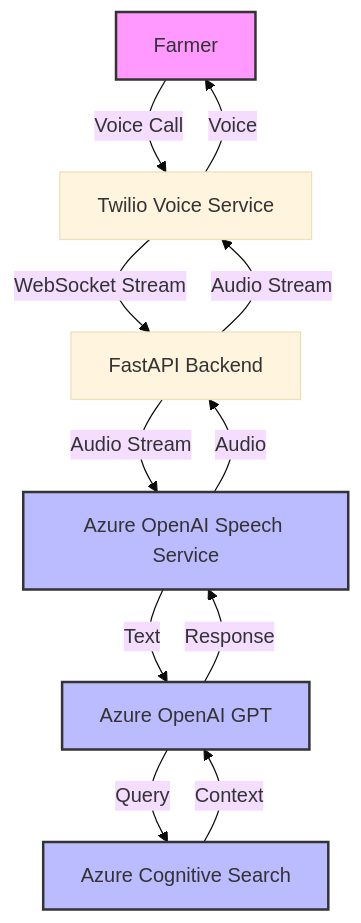
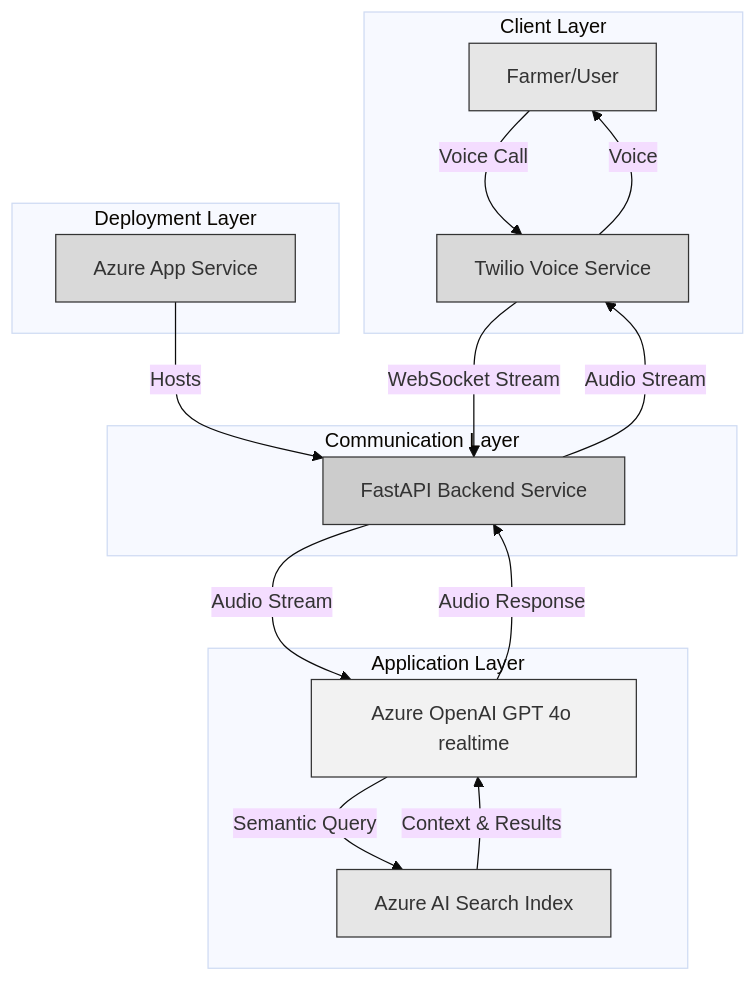
The first of 2 diagrams in readme.md (bhushang19/agri-voice-rag), drawn with Mermaid (base theme) before and after one commit. The commit also changed other lines of this file, not shown here.

Commit message:
Updated the technical arch. diagram

````diff
--- a/readme.md
+++ b/readme.md
@@ -94,18 +96,31 @@
 ```mermaid
 graph TB
-    A[Farmer] -->|Voice Call| B[Twilio Voice Service]
-    B -->|WebSocket Stream| C[FastAPI Backend]
-    C -->|Audio Stream| D[Azure OpenAI Speech Service]
-    D -->|Text| E[Azure OpenAI GPT]
-    E -->|Query| F[Azure Cognitive Search]
-    F -->|Context| E
-    E -->|Response| D
-    D -->|Audio| C
+    subgraph Client Layer
+        A[Farmer/User] -->|Voice Call| B[Twilio Voice Service]
+    end
+
+    subgraph Communication Layer
+        B -->|WebSocket Stream| C[FastAPI Backend Service]
+    end
+
+    subgraph Application Layer
+        C -->|Audio Stream| D[Azure OpenAI GPT 4o realtime]
+        D -->|Semantic Query| E[Azure AI Search Index]
+        E -->|Context & Results| D
+        D -->|Audio Response| C
+    end
+
+    subgraph Deployment Layer
+        I[Azure App Service] -->|Hosts| C
+    end
+
     C -->|Audio Stream| B
     B -->|Voice| A
 
-    style A fill:#f9f,stroke:#333,stroke-width:2px
-    style D fill:#bbf,stroke:#333,stroke-width:2px
-    style E fill:#bbf,stroke:#333,stroke-width:2px
-    style F fill:#bbf,stroke:#333,stroke-width:2px
+    style A fill:#e6e6e6,stroke:#333,stroke-width:1px
+    style B fill:#d9d9d9,stroke:#333,stroke-width:1px
+    style C fill:#cccccc,stroke:#333,stroke-width:1px
+    style D fill:#f2f2f2,stroke:#333,stroke-width:1px
+    style E fill:#e6e6e6,stroke:#333,stroke-width:1px
+    style I fill:#d9d9d9,stroke:#333,stroke-width:1px
 ```
````
